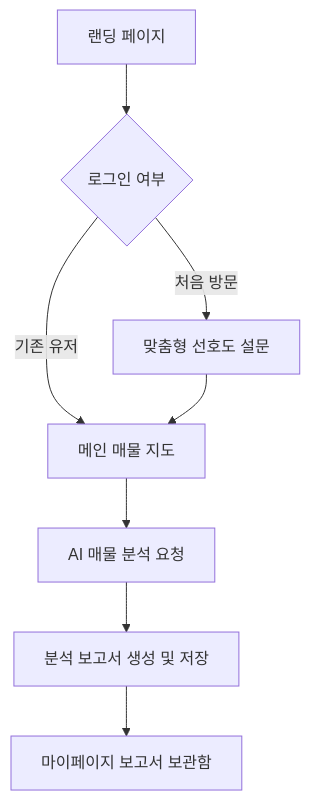
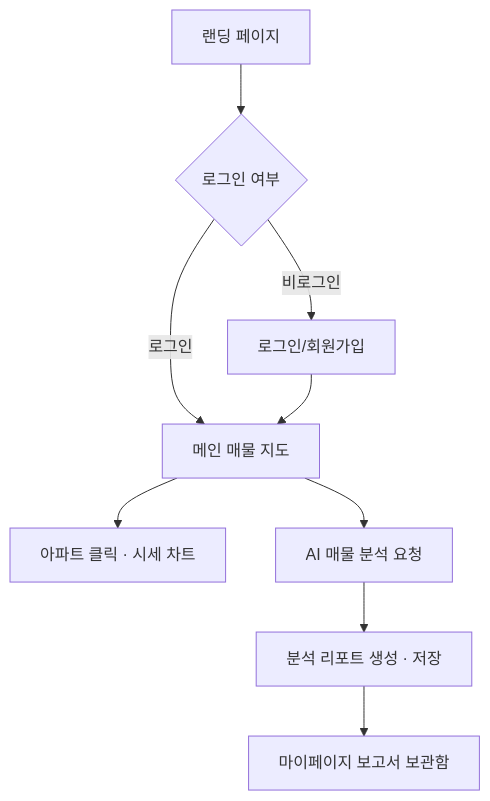
One commit to AppleTrick/ijip-naejip-front changed the diagram in README.md. Above: the diagram before and after it, drawn with Mermaid. The commit also changed other lines of this file, not shown here.

````diff
--- a/README.md
+++ b/README.md
@@ -68,10 +66,11 @@
 ```mermaid
 graph TD
     A[랜딩 페이지] --> B{로그인 여부}
-    B -- 처음 방문 --> C[맞춤형 선호도 설문]
-    B -- 기존 유저 --> D[메인 매물 지도]
-    C --> D
-    D --> E[AI 매물 분석 요청]
-    E --> F[분석 보고서 생성 및 저장]
-    F --> G[마이페이지 보고서 보관함]
+    B -- 비로그인 --> L[로그인/회원가입]
+    B -- 로그인 --> D[메인 매물 지도]
+    L --> D
+    D --> E[아파트 클릭 · 시세 차트]
+    D --> F[AI 매물 분석 요청]
+    F --> G[분석 리포트 생성 · 저장]
+    G --> H[마이페이지 보고서 보관함]
 ```
````
